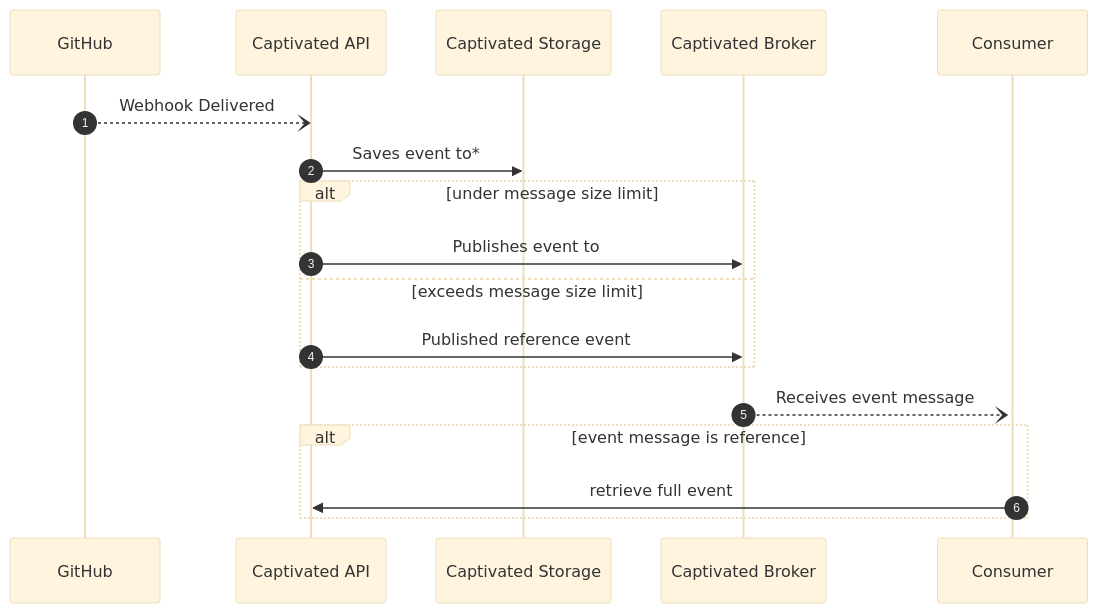
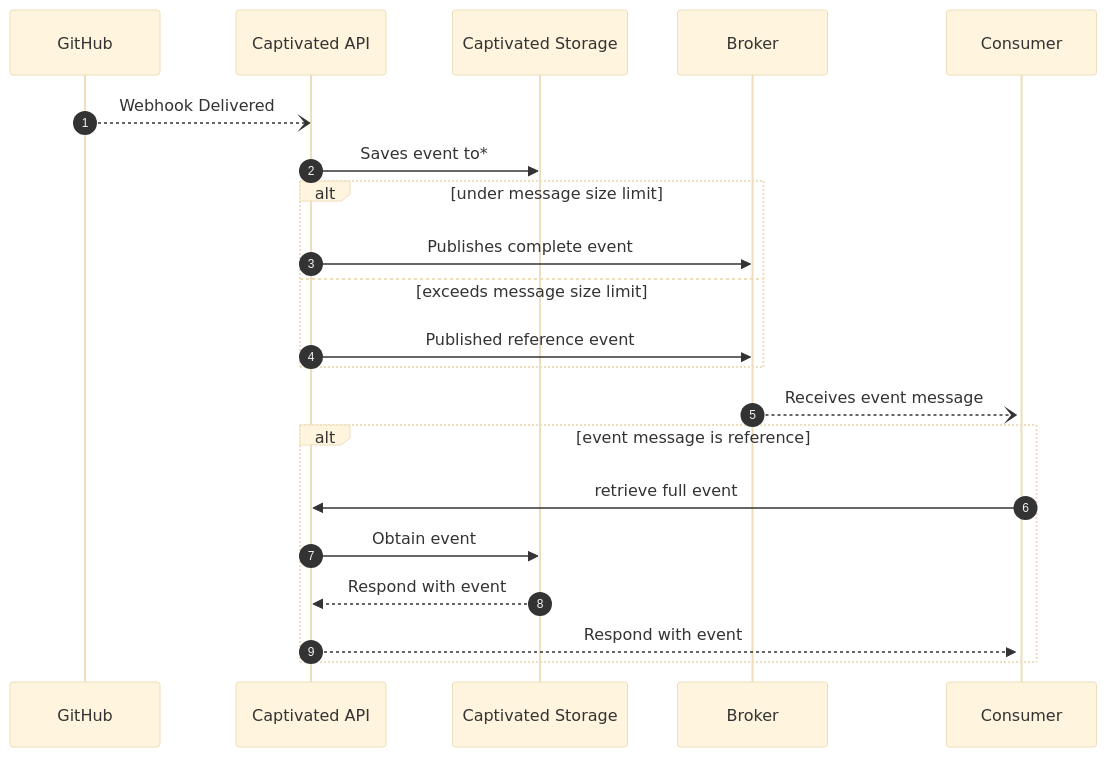
The diagram in README.md (jbockle/captivated), drawn with Mermaid (base theme) before and after one commit. The commit also changed other lines of this file, not shown here.

````diff
--- a/README.md
+++ b/README.md
@@ -8,26 +16,29 @@
 ```mermaid
 sequenceDiagram
   autonumber
   participant GH as GitHub
   participant API as Captivated API
   participant ST as Captivated Storage
-  participant BR as Captivated Broker
+  participant BR as Broker
   participant CR as Consumer
 
   GH--)API: Webhook Delivered
 
   API->>ST: Saves event to*
 
   alt under message size limit
-  API->>BR: Publishes event to
+  API->>BR: Publishes complete event
   else exceeds message size limit
     API->>BR: Published reference event
   end
 
   activate CR
   BR--)CR: Receives event message
 
   alt event message is reference
     CR->>API: retrieve full event
+    API->>ST: Obtain event
+    ST-->>API: Respond with event
+    API-->>CR: Respond with event
   end
 ```
````
